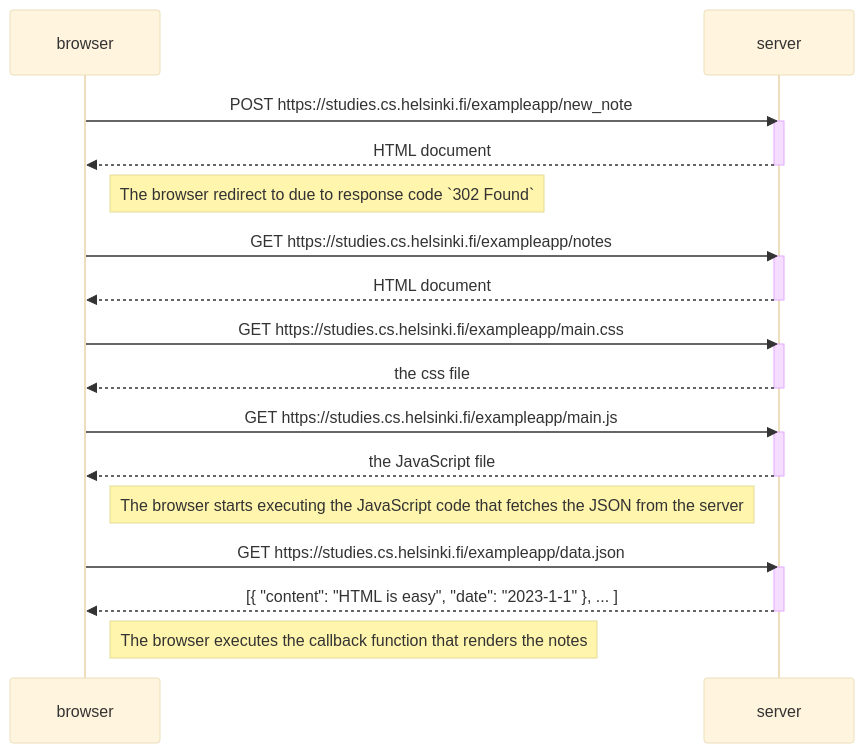
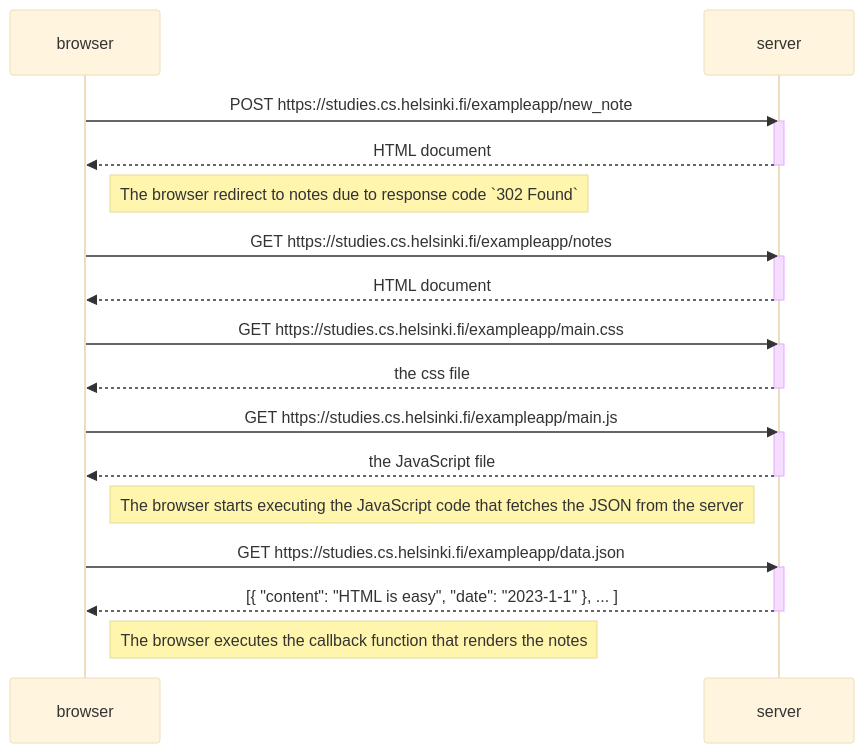
The diagram in part0/0.4 New Note Diagram.md (Itscoldhere22/fullstackopen), drawn with Mermaid (base theme) before and after one commit.

Commit message:
0.4: 3rd attempt, corrected new_note comment typo

````diff
--- a/part0/0.4 New Note Diagram.md
+++ b/part0/0.4 New Note Diagram.md
@@ -1,36 +1,36 @@
 ```mermaid
 sequenceDiagram
     participant browser
     participant server
 
     browser->>server: POST https://studies.cs.helsinki.fi/exampleapp/new_note
     activate server
     server-->>browser: HTML document
     deactivate server
 
-    Note right of browser: The browser redirect to due to response code `302 Found`
+    Note right of browser: The browser redirect to notes due to response code `302 Found`
 
     browser->>server: GET https://studies.cs.helsinki.fi/exampleapp/notes
     activate server
     server-->>browser: HTML document
     deactivate server
 
     browser->>server: GET https://studies.cs.helsinki.fi/exampleapp/main.css
     activate server
     server-->>browser: the css file
     deactivate server
 
     browser->>server: GET https://studies.cs.helsinki.fi/exampleapp/main.js
     activate server
     server-->>browser: the JavaScript file
     deactivate server
 
     Note right of browser: The browser starts executing the JavaScript code that fetches the JSON from the server
 
     browser->>server: GET https://studies.cs.helsinki.fi/exampleapp/data.json
     activate server
     server-->>browser: [{ "content": "HTML is easy", "date": "2023-1-1" }, ... ]
     deactivate server
 
     Note right of browser: The browser executes the callback function that renders the notes
 ```
````
